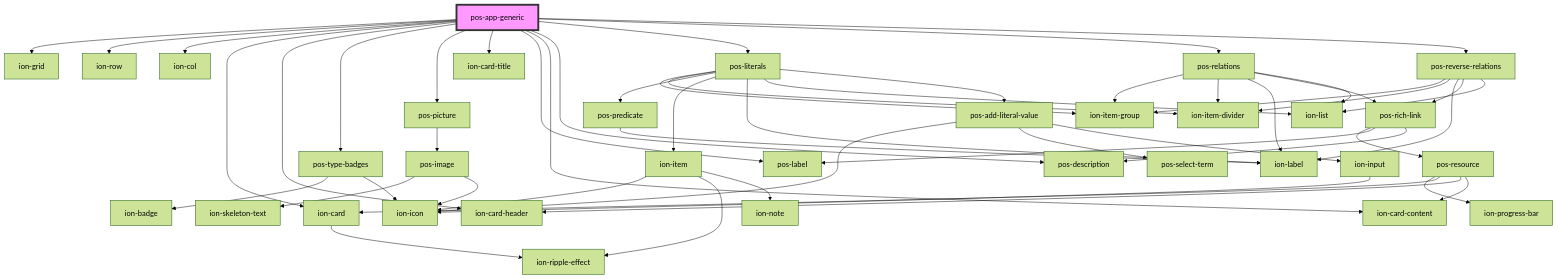
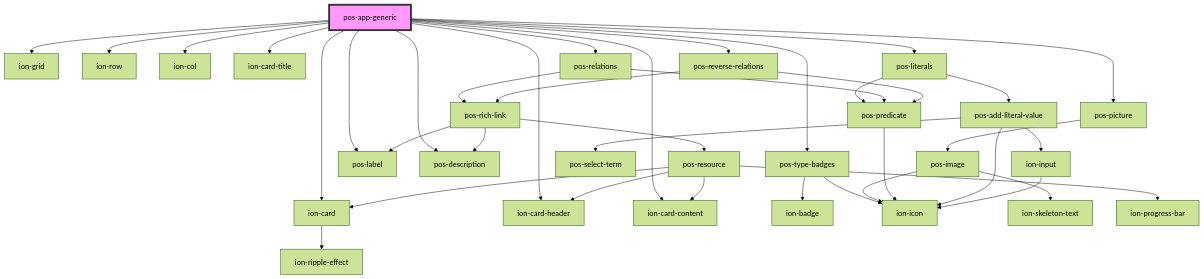
Before and after one commit to pod-os/PodOS: the diagram in docs/elements/apps/pos-app-generic/readme.md, drawn with Mermaid (forest theme). The commit also changed 9 other files, not shown here.

````diff
--- a/docs/elements/apps/pos-app-generic/readme.md
+++ b/docs/elements/apps/pos-app-generic/readme.md
@@ -28,56 +28,42 @@
 ```mermaid
 graph TD;
   pos-app-generic --> ion-grid
   pos-app-generic --> ion-row
   pos-app-generic --> ion-col
   pos-app-generic --> ion-card
   pos-app-generic --> ion-card-header
   pos-app-generic --> pos-type-badges
   pos-app-generic --> pos-picture
   pos-app-generic --> ion-card-title
   pos-app-generic --> pos-label
   pos-app-generic --> ion-card-content
   pos-app-generic --> pos-description
   pos-app-generic --> pos-literals
   pos-app-generic --> pos-relations
   pos-app-generic --> pos-reverse-relations
   ion-card --> ion-ripple-effect
   pos-type-badges --> ion-badge
   pos-type-badges --> ion-icon
   pos-picture --> pos-image
   pos-image --> ion-skeleton-text
   pos-image --> ion-icon
-  pos-literals --> ion-item-group
-  pos-literals --> ion-item-divider
   pos-literals --> pos-predicate
-  pos-literals --> ion-item
-  pos-literals --> ion-label
-  pos-literals --> ion-list
   pos-literals --> pos-add-literal-value
-  pos-predicate --> ion-label
-  ion-item --> ion-icon
-  ion-item --> ion-ripple-effect
-  ion-item --> ion-note
+  pos-predicate --> ion-icon
   pos-add-literal-value --> ion-icon
   pos-add-literal-value --> pos-select-term
   pos-add-literal-value --> ion-input
   ion-input --> ion-icon
-  pos-relations --> ion-item-group
-  pos-relations --> ion-item-divider
-  pos-relations --> ion-label
+  pos-relations --> pos-predicate
   pos-relations --> pos-rich-link
-  pos-relations --> ion-list
   pos-rich-link --> pos-resource
   pos-rich-link --> pos-label
   pos-rich-link --> pos-description
   pos-resource --> ion-progress-bar
   pos-resource --> ion-card
   pos-resource --> ion-card-header
   pos-resource --> ion-card-content
-  pos-reverse-relations --> ion-item-group
-  pos-reverse-relations --> ion-item-divider
-  pos-reverse-relations --> ion-label
+  pos-reverse-relations --> pos-predicate
   pos-reverse-relations --> pos-rich-link
-  pos-reverse-relations --> ion-list
   style pos-app-generic fill:#f9f,stroke:#333,stroke-width:4px
 ```
````
